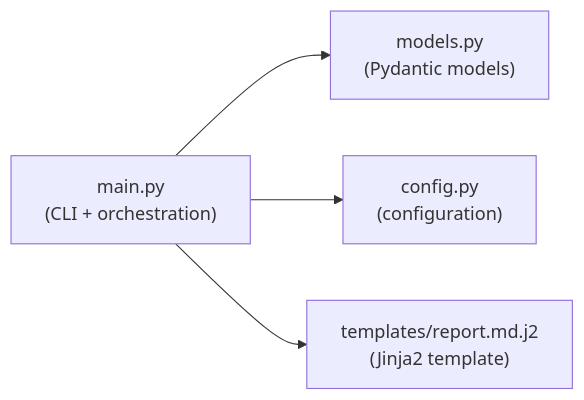
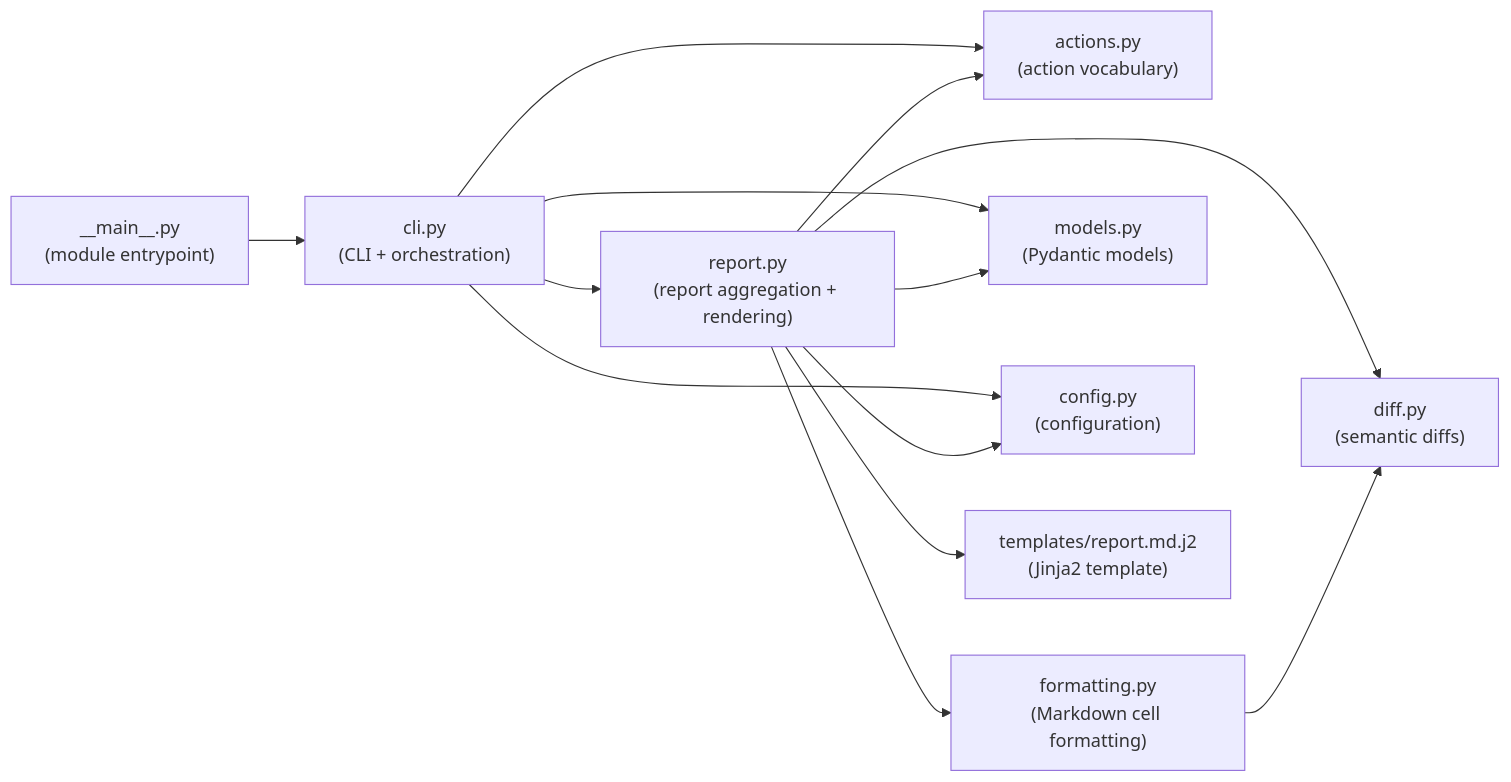
One commit to looztra/tf-peek changed the second of 2 diagrams in docs/architecture/03-endpoints-and-dependencies.md. Above: the diagram before and after it, drawn with Mermaid. The commit also changed 26 other files, not shown here.

First line of the commit message:
refactor(cli): split main.py into cohesive modules (#102)

````diff
--- a/docs/architecture/03-endpoints-and-dependencies.md
+++ b/docs/architecture/03-endpoints-and-dependencies.md
@@ -35,11 +35,25 @@
 ```mermaid
 flowchart LR
-    main["main.py\n(CLI + orchestration)"]
+    module_entry["__main__.py\n(module entrypoint)"]
+    cli["cli.py\n(CLI + orchestration)"]
+    report["report.py\n(report aggregation + rendering)"]
+    actions["actions.py\n(action vocabulary)"]
+    diff["diff.py\n(semantic diffs)"]
+    formatting["formatting.py\n(Markdown cell formatting)"]
     models["models.py\n(Pydantic models)"]
     config["config.py\n(configuration)"]
     tmpl["templates/report.md.j2\n(Jinja2 template)"]
 
-    main --> models
-    main --> config
-    main --> tmpl
+    module_entry --> cli
+    cli --> actions
+    cli --> config
+    cli --> models
+    cli --> report
+    report --> actions
+    report --> config
+    report --> diff
+    report --> formatting
+    report --> models
+    report --> tmpl
+    formatting --> diff
 ```
````
